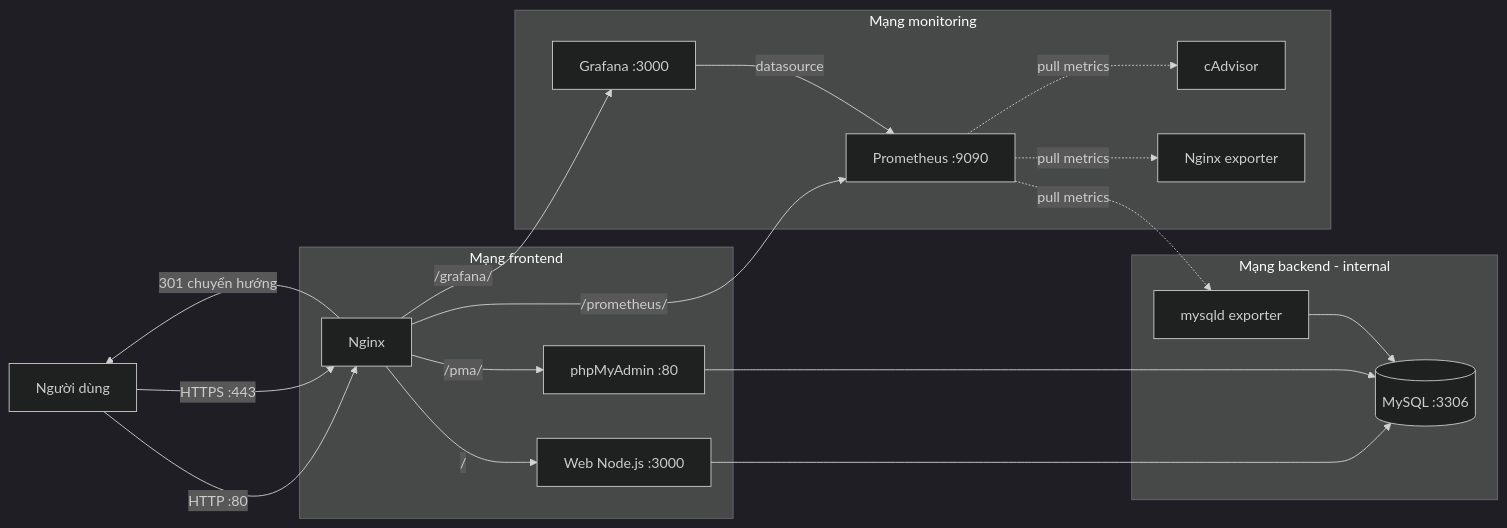
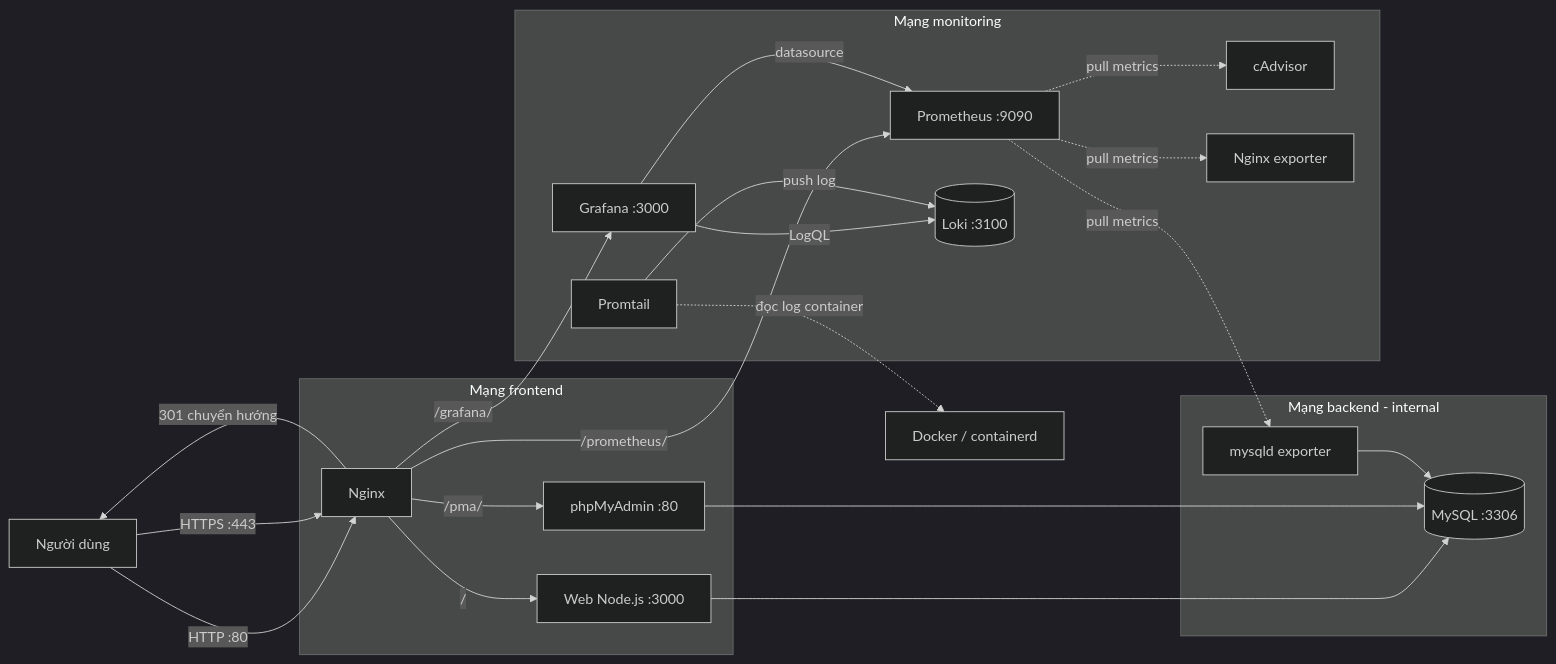
One commit to dtc245230003-svg/student-management-DTC245230003 changed the diagram in README.md. Above: the diagram before and after it, drawn with Mermaid (dark theme). The commit also changed other lines of this file and 4 other files, not shown here.

First line of the commit message:
Thêm Loki và Promtail để gom log tập trung

````diff
--- a/README.md
+++ b/README.md
@@ -12,27 +13,30 @@
 ```mermaid
 flowchart LR
   U[Người dùng] -->|HTTP :80| N[Nginx]
   N -->|301 chuyển hướng| U
   U -->|HTTPS :443| N
   N -->|"/"| W[Web Node.js :3000]
   N -->|"/pma/"| P[phpMyAdmin :80]
   N -->|"/grafana/"| G[Grafana :3000]
   N -->|"/prometheus/"| PR[Prometheus :9090]
   W --> D[(MySQL :3306)]
   P --> D
   PR -.->|pull metrics| C[cAdvisor]
   PR -.->|pull metrics| NE[Nginx exporter]
   PR -.->|pull metrics| ME[mysqld exporter]
   ME --> D
   G -->|datasource| PR
+  G -->|LogQL| LK[(Loki :3100)]
+  PT[Promtail] -->|push log| LK
+  PT -.->|đọc log container| DK[Docker / containerd]
 
   subgraph frontend [Mạng frontend]
     N; W; P
   end
   subgraph backend [Mạng backend - internal]
     W; P; D; ME
   end
   subgraph monitoring [Mạng monitoring]
-    PR; G; C; NE; ME; N
+    PR; G; C; NE; ME; N; LK; PT
   end
 ```
````
